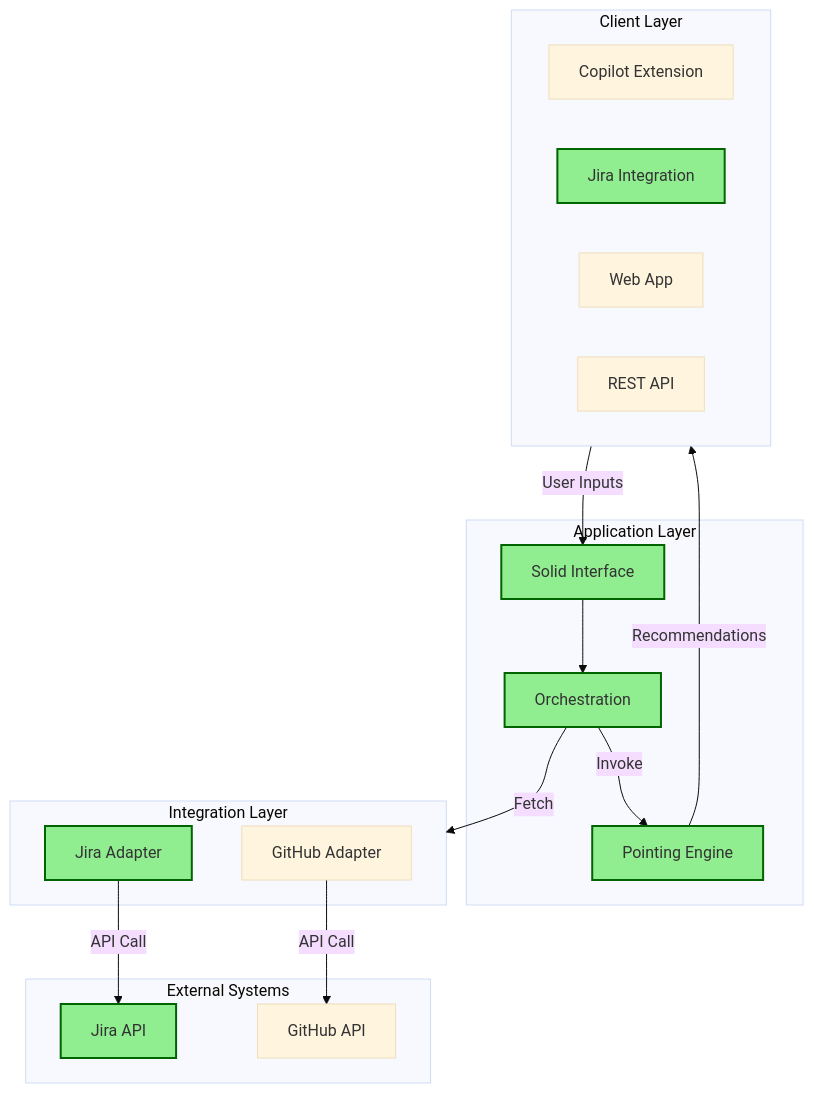
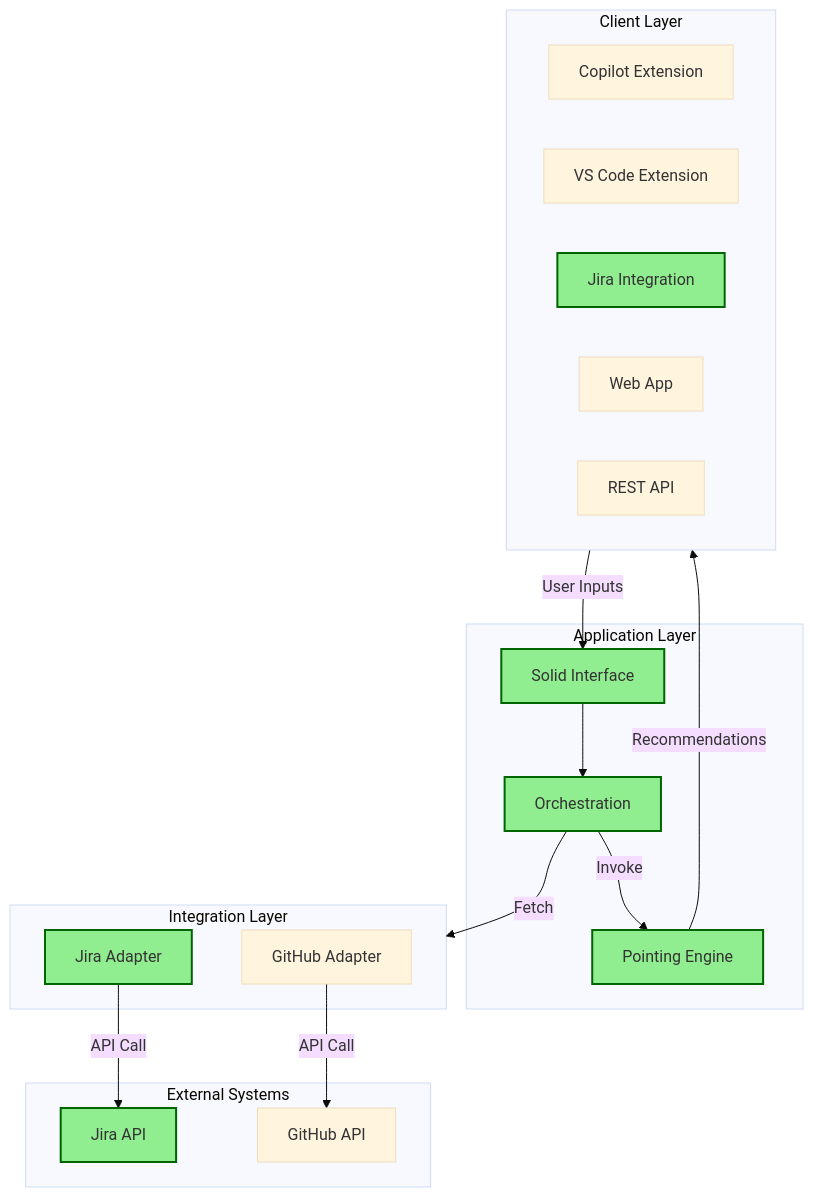
One commit to stevenrein20/point.less changed the diagram in ARCHITECTURE.mmd. Above: the diagram before and after it, drawn with Mermaid (base theme).

Commit message:
docs: update ARCHITECTURE.mmd to reflect UI component renaming
Update the architecture diagram to rename and reorganize UI components for clarity. The changes include renaming "Jira Integration" to "VS Code Extension" and adjusting the component hierarchy to better represent the system's structure.

```diff
--- a/ARCHITECTURE.mmd
+++ b/ARCHITECTURE.mmd
@@ -1,38 +1,39 @@
 
 graph TD
 
 %% Style definitions for completed components
 classDef completed fill:#90EE90,stroke:#006400,stroke-width:2px
 
 subgraph Client[Client Layer]
     %% Copilot Extension - Should store in the .pointless file. Should authenicate to OpenAI and Jira by using API keys in the extension settings?.
     UI[Copilot Extension] 
-    UI2[Jira Integration]:::completed
+    UI2[VS Code Extension]
+    UI3[Jira Integration]:::completed
     %% Web App - Should store context (ref stories, custom instruction). Should also have a way to download it to some file format like .pointless. in local storage. Should authenicate to Jira to pull stories, should have fields to do stories locally too, OpenAI should use my Key and we should have Firebase Auth.
-    UI3[Web App] 
-    UI4[REST API]
+    UI4[Web App] 
+    UI5[REST API]
 end
 
 subgraph Logic[Application Layer]
     Interface[Solid Interface]:::completed
     Orchestration[Orchestration]:::completed
     CoreEngine[Pointing Engine]:::completed
 end
 
 subgraph Integration[Integration Layer]
     AdapterJira[Jira Adapter]:::completed
     AdapterGitHub[GitHub Adapter]
 end
 
 subgraph External[External Systems]
     JiraAPI[Jira API]:::completed
     GitHubAPI[GitHub API]
 end
 
 Client -->|User Inputs| Interface
 Interface --> Orchestration
 Orchestration -->|Fetch| Integration
 AdapterJira -->|API Call| JiraAPI
 AdapterGitHub -->|API Call| GitHubAPI
 Orchestration -->|Invoke| CoreEngine
 CoreEngine -->|Recommendations| Client
```
